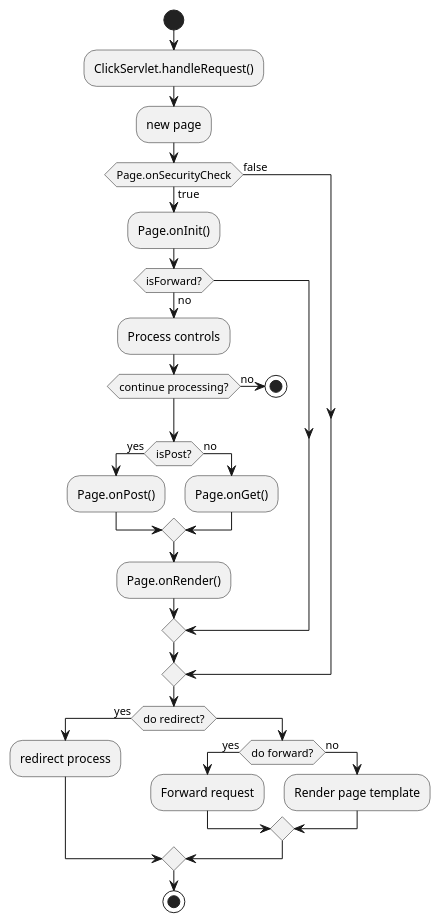
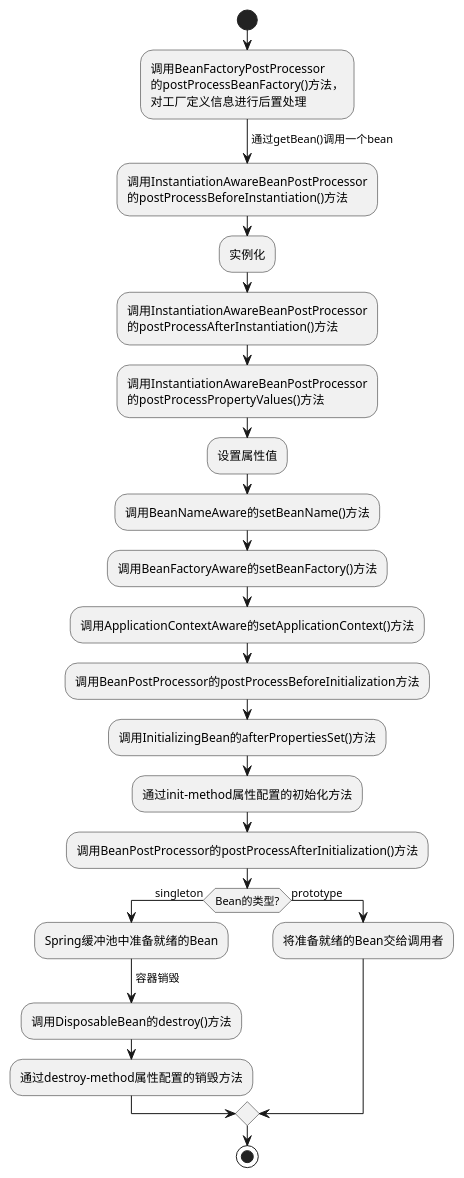
One commit to zhifenghao123/spring-framework-5.3.x changed the diagram in src-code-read-note/spring/Spring启动流程图.puml. Above: the diagram before and after it, drawn with PlantUML.

Commit message:
新增Spring启动流程图

```diff
--- a/src-code-read-note/spring/Spring启动流程图.puml
+++ b/src-code-read-note/spring/Spring启动流程图.puml
@@ -1,37 +1,35 @@
 @startuml
 'https://plantuml.com/activity-diagram-beta
 'https://juejin.cn/post/6844903708745007112#heading-5
+'https://v3.processon.com/view/5faf8cbdf346fb2d03b5865d?fromnew=1
 start
-:ClickServlet.handleRequest();
-:new page;
-if (Page.onSecurityCheck) then (true)
-  :Page.onInit();
-  if (isForward?) then (no)
-    :Process controls;
-    if (continue processing?) then (no)
-      stop
-    endif
-
-    if (isPost?) then (yes)
-      :Page.onPost();
-    else (no)
-      :Page.onGet();
-    endif
-    :Page.onRender();
-  endif
-else (false)
+:调用BeanFactoryPostProcessor
+的postProcessBeanFactory()方法，
+对工厂定义信息进行后置处理;
+->通过getBean()调用一个bean;
+:调用InstantiationAwareBeanPostProcessor
+的postProcessBeforeInstantiation()方法;
+:实例化;
+:调用InstantiationAwareBeanPostProcessor
+的postProcessAfterInstantiation()方法;
+:调用InstantiationAwareBeanPostProcessor
+的postProcessPropertyValues()方法;
+:设置属性值;
+:调用BeanNameAware的setBeanName()方法;
+:调用BeanFactoryAware的setBeanFactory()方法;
+:调用ApplicationContextAware的setApplicationContext()方法;
+:调用BeanPostProcessor的postProcessBeforeInitialization方法;
+:调用InitializingBean的afterPropertiesSet()方法;
+:通过init-method属性配置的初始化方法;
+:调用BeanPostProcessor的postProcessAfterInitialization()方法;
+if (Bean的类型?) then (singleton)
+    :Spring缓冲池中准备就绪的Bean;
+    ->容器销毁;
+    :调用DisposableBean的destroy()方法;
+    :通过destroy-method属性配置的销毁方法;
+else (prototype)
+    :将准备就绪的Bean交给调用者;
 endif
-
-if (do redirect?) then (yes)
-  :redirect process;
-else
-  if (do forward?) then (yes)
-    :Forward request;
-  else (no)
-    :Render page template;
-  endif
-endif
-
 stop
 
 @enduml
```
